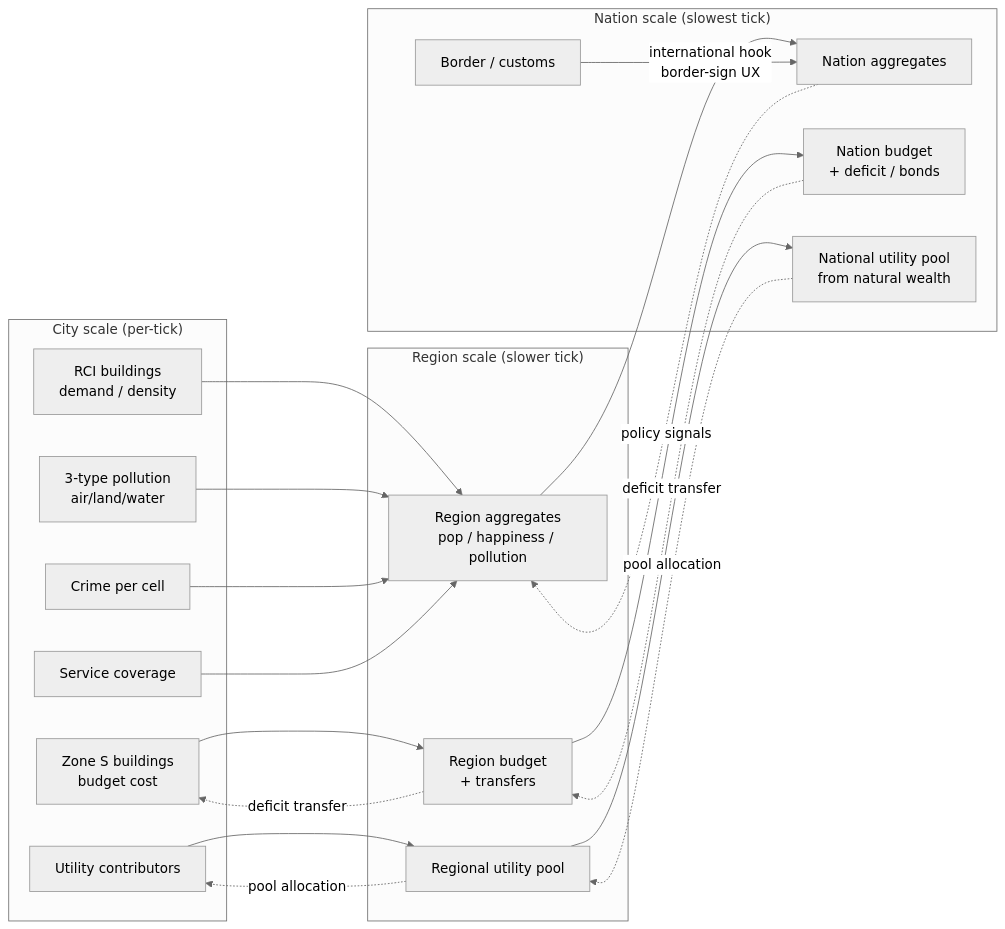
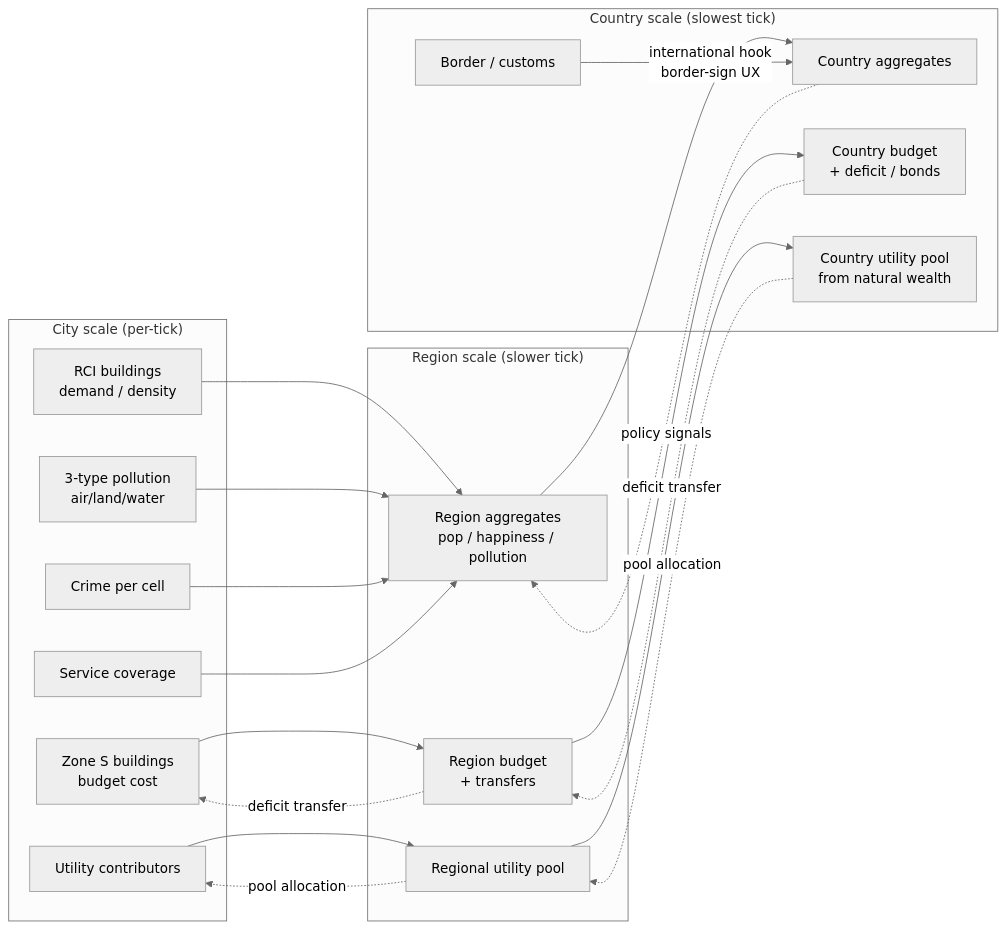
Before and after one commit to jiramos87/TerritoryDeveloper: the second of 5 diagrams in docs/full-game-mvp-exploration.md, drawn with Mermaid (neutral theme). The commit also changed other lines of this file and 15 other files, not shown here.

````diff
--- a/docs/full-game-mvp-exploration.md
+++ b/docs/full-game-mvp-exploration.md
@@ -461,43 +463,43 @@
 ```mermaid
 flowchart LR
     subgraph City["City scale (per-tick)"]
         C_RCI[RCI buildings<br/>demand / density]
         C_S[Zone S buildings<br/>budget cost]
         C_POL3[3-type pollution<br/>air/land/water]
         C_CRIME[Crime per cell]
         C_SERV[Service coverage]
         C_UTIL[Utility contributors]
     end
 
     subgraph Region["Region scale (slower tick)"]
         R_AGG[Region aggregates<br/>pop / happiness / pollution]
         R_BUDG[Region budget<br/>+ transfers]
         R_UTIL[Regional utility pool]
     end
 
-    subgraph Nation["Nation scale (slowest tick)"]
-        N_AGG[Nation aggregates]
-        N_BUDG[Nation budget<br/>+ deficit / bonds]
-        N_UTIL[National utility pool<br/>from natural wealth]
+    subgraph Country["Country scale (slowest tick)"]
+        N_AGG[Country aggregates]
+        N_BUDG[Country budget<br/>+ deficit / bonds]
+        N_UTIL[Country utility pool<br/>from natural wealth]
         N_BORDER[Border / customs]
     end
 
     C_RCI --> R_AGG
     C_S --> R_BUDG
     C_POL3 --> R_AGG
     C_CRIME --> R_AGG
     C_SERV --> R_AGG
     C_UTIL --> R_UTIL
 
     R_AGG --> N_AGG
     R_BUDG --> N_BUDG
     R_UTIL --> N_UTIL
 
     N_BUDG -.->|deficit transfer| R_BUDG
     R_BUDG -.->|deficit transfer| C_S
     N_UTIL -.->|pool allocation| R_UTIL
     R_UTIL -.->|pool allocation| C_UTIL
     N_AGG -.->|policy signals| R_AGG
 
     N_BORDER -->|international hook<br/>border-sign UX| N_AGG
 ```
````
